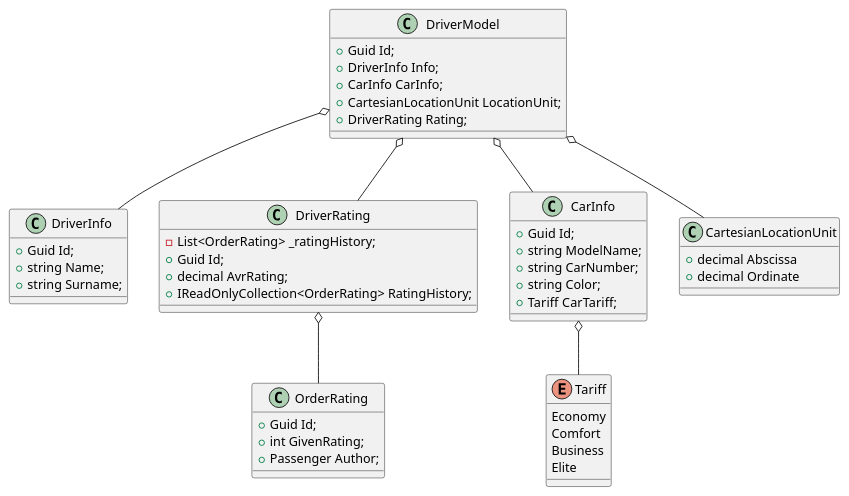
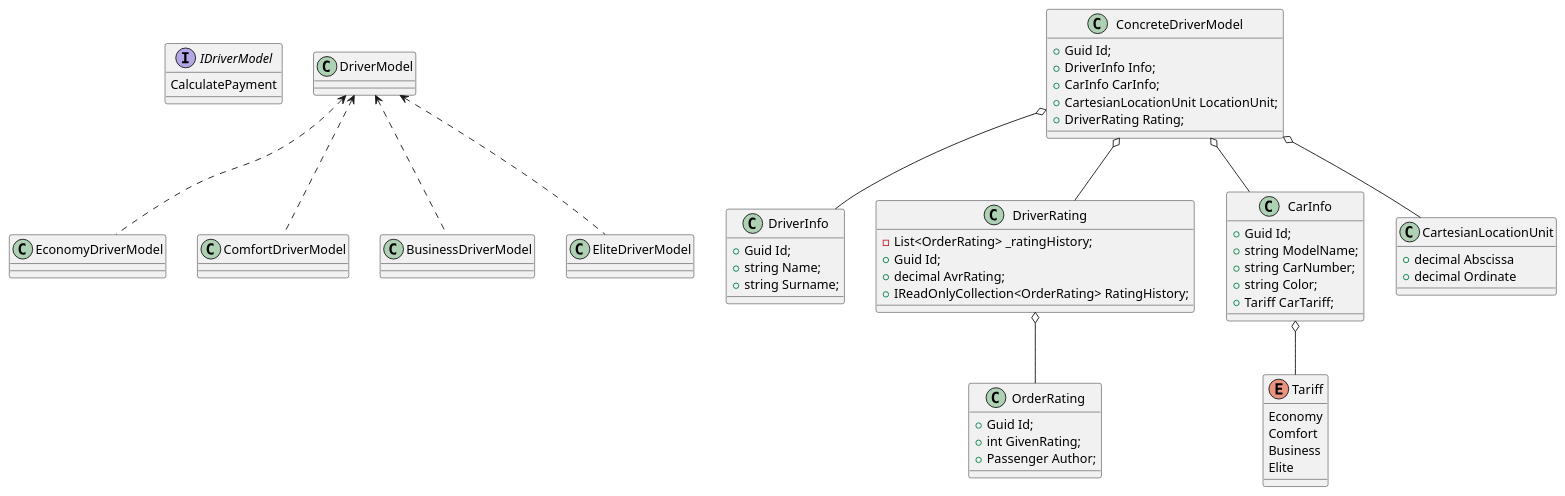
The diagram in Docs/DriverModelScheme.puml (is-oop-y24/Pig-n-Go), drawn with PlantUML before and after one commit.

```diff
--- a/Docs/DriverModelScheme.puml
+++ b/Docs/DriverModelScheme.puml
@@ -1,67 +1,82 @@
 @startuml
 'https://plantuml.com/class-diagram
 
-class DriverModel
+interface IDriverModel
+{
+    CalculatePayment
+}
+
+class EconomyDriverModel
+class ComfortDriverModel
+class BusinessDriverModel
+class EliteDriverModel
+
+DriverModel <.. EconomyDriverModel
+DriverModel <.. ComfortDriverModel
+DriverModel <.. BusinessDriverModel
+DriverModel <.. EliteDriverModel
+
+class ConcreteDriverModel
 {
     +Guid Id;
     +DriverInfo Info;
     +CarInfo CarInfo;
     +CartesianLocationUnit LocationUnit;
     +DriverRating Rating;
 }
 
 class DriverInfo
 {
     +Guid Id;
     +string Name;
     +string Surname;
 }
 
 class DriverRating
 { 
     -List<OrderRating> _ratingHistory;
     +Guid Id;
     +decimal AvrRating;
     +IReadOnlyCollection<OrderRating> RatingHistory;
 }
 
 class OrderRating
 {
     +Guid Id;
     +int GivenRating;
     +Passenger Author;
 }
 
 class CarInfo
 {
     +Guid Id;
     +string ModelName;
     +string CarNumber;
     +string Color;
     +Tariff CarTariff;
 }
 
 class CartesianLocationUnit
 {
     +decimal Abscissa
     +decimal Ordinate
 }
 
 enum Tariff
 {
     Economy
     Comfort
     Business
     Elite
 }
 
-DriverModel o-- DriverRating
-DriverModel o-- DriverInfo
-DriverModel o-- CarInfo
-DriverModel o-- CartesianLocationUnit
+ConcreteDriverModel o-- DriverRating
+ConcreteDriverModel o-- DriverInfo
+ConcreteDriverModel o-- CarInfo
+ConcreteDriverModel o-- CartesianLocationUnit
 
 DriverRating o-- OrderRating
 
 CarInfo o-- Tariff
 
 @enduml
```
